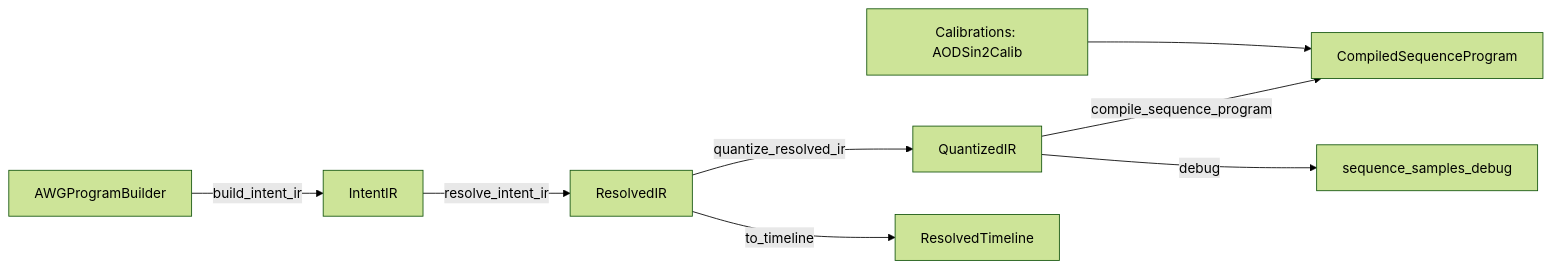
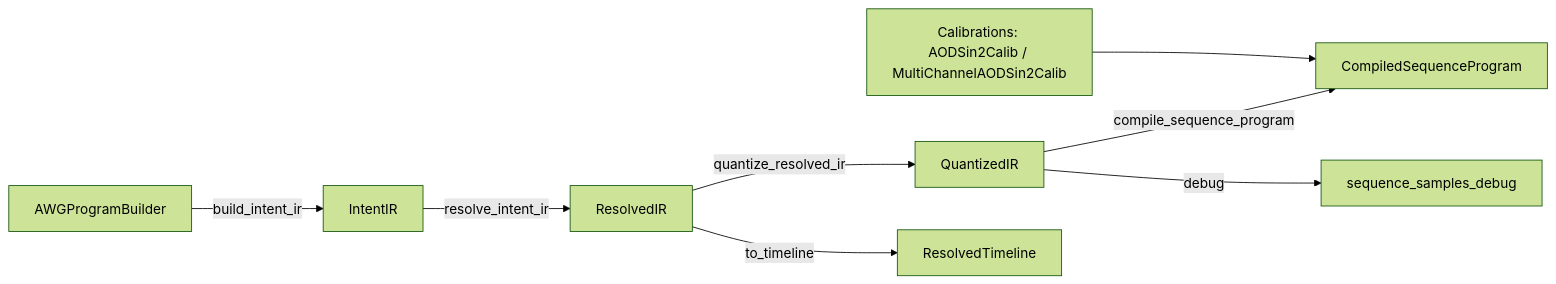
The diagram in README.md (CornishLabs/AWGSegmentFactory), drawn with Mermaid (forest theme) before and after one commit. The commit also changed other lines of this file and 10 other files, not shown here.

````diff
--- a/README.md
+++ b/README.md
@@ -146,18 +148,18 @@
 ```mermaid
 flowchart LR
     B[AWGProgramBuilder]
     I[IntentIR]
     R[ResolvedIR]
     Q[QuantizedIR]
     C[CompiledSequenceProgram]
 
     B -- build_intent_ir --> I
     I -- resolve_intent_ir --> R
     R -- quantize_resolved_ir --> Q
     Q -- compile_sequence_program --> C
 
-    CAL[Calibrations: AODSin2Calib] --> C
+    CAL[Calibrations: AODSin2Calib / MultiChannelAODSin2Calib] --> C
 
     R -- to_timeline --> TL[ResolvedTimeline]
     Q -- debug --> DBG[sequence_samples_debug]
 ```
````
